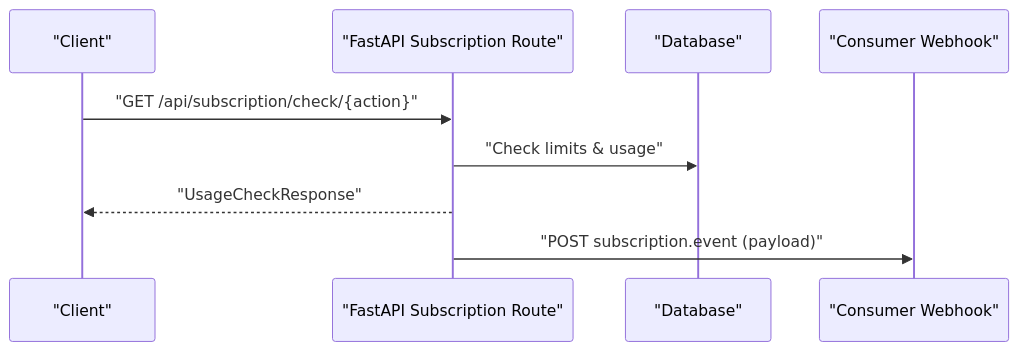
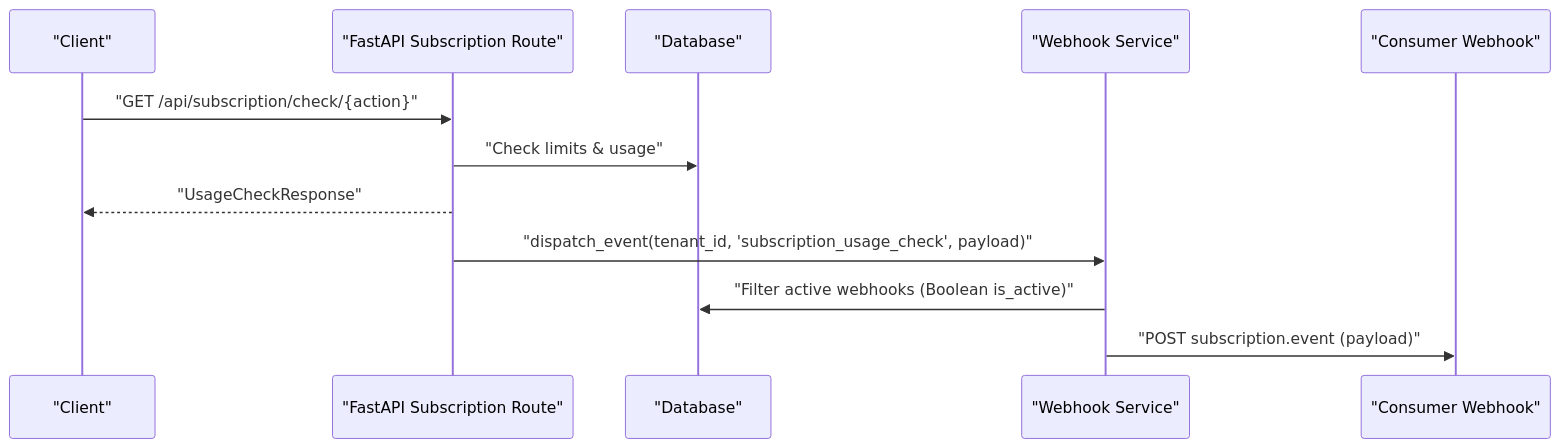
Before and after one commit to Revanththetalogics/aireume: the fifth of 10 diagrams in .qoder/repowiki/en/content/Advanced Topics/Integration Patterns/Webhook Systems.md, drawn with Mermaid. The commit also changed other lines of this file and 4 other files, not shown here.

````diff
--- a/.qoder/repowiki/en/content/Advanced Topics/Integration Patterns/Webhook Systems.md
+++ b/.qoder/repowiki/en/content/Advanced Topics/Integration Patterns/Webhook Systems.md
@@ -204,11 +262,14 @@
 ```mermaid
 sequenceDiagram
 participant Client as "Client"
 participant API as "FastAPI Subscription Route"
 participant DB as "Database"
+participant WS as "Webhook Service"
 participant Consumer as "Consumer Webhook"
 Client->>API : "GET /api/subscription/check/{action}"
 API->>DB : "Check limits & usage"
 API-->>Client : "UsageCheckResponse"
-API->>Consumer : "POST subscription.event (payload)"
+API->>WS : "dispatch_event(tenant_id, 'subscription_usage_check', payload)"
+WS->>DB : "Filter active webhooks (Boolean is_active)"
+WS->>Consumer : "POST subscription.event (payload)"
 ```
````
